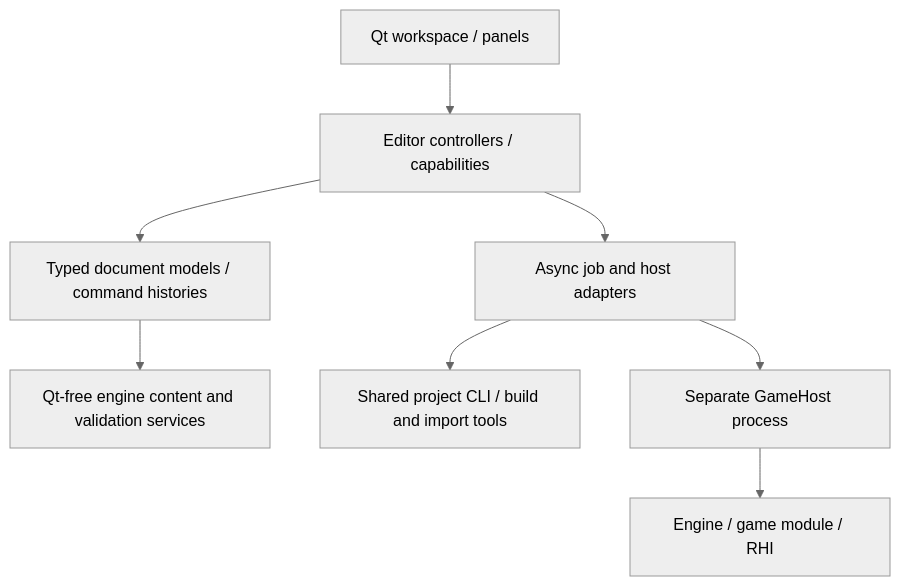
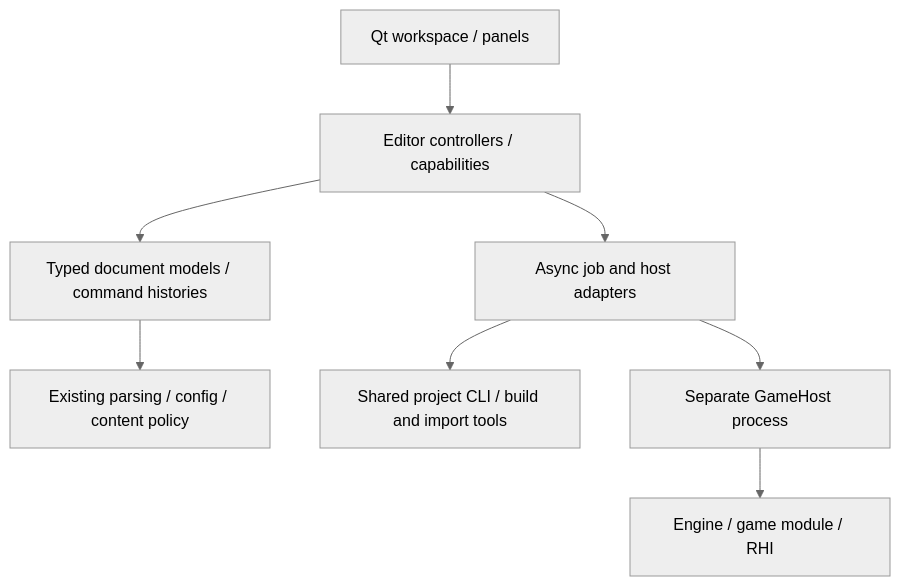
The diagram in docs/architecture/editor-architecture.md (Alegruz/Ludus), drawn with Mermaid (neutral theme) before and after one commit. The commit also changed other lines of this file and 9 other files, not shown here.

````diff
--- a/docs/architecture/editor-architecture.md
+++ b/docs/architecture/editor-architecture.md
@@ -23,10 +30,10 @@
 ```mermaid
 flowchart TD
     Shell[Qt workspace / panels] --> Controller[Editor controllers / capabilities]
     Controller --> Documents[Typed document models / command histories]
     Controller --> Jobs[Async job and host adapters]
-    Documents --> Services[Qt-free engine content and validation services]
+    Documents --> Services[Existing parsing / config / content policy]
     Jobs --> CLI[Shared project CLI / build and import tools]
     Jobs --> Host[Separate GameHost process]
     Host --> Runtime[Engine / game module / RHI]
 ```
````
